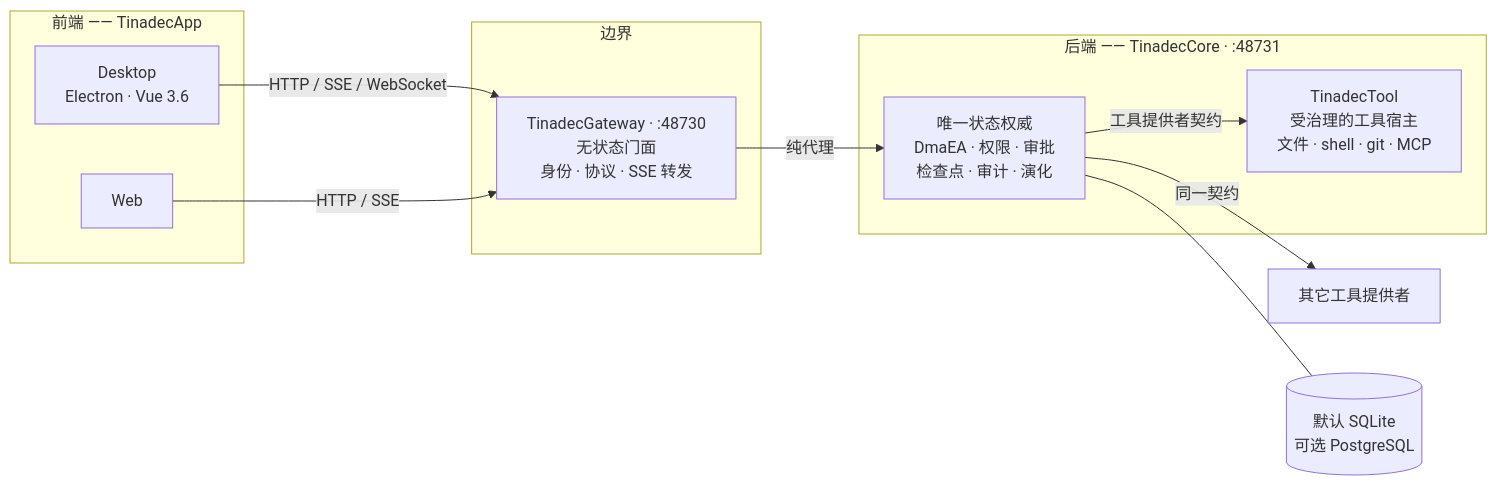
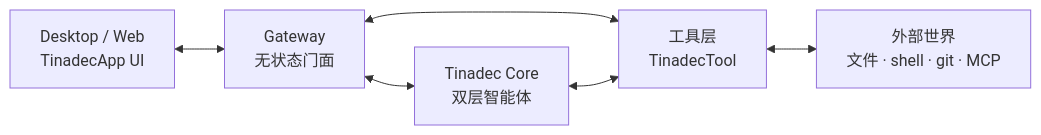
The first of 3 diagrams in README.zh-CN.md (Programmer-MrWang/TinadecOffice), drawn with Mermaid before and after one commit. The commit also changed other lines of this file and 1 other file, not shown here.

First line of the commit message:
docs(readme): simpler wiring diagrams, team orchestration front and center

````diff
--- a/README.zh-CN.md
+++ b/README.zh-CN.md
@@ -86,23 +67,14 @@
 ```mermaid
 flowchart LR
-    subgraph FE["前端 —— TinadecApp"]
-        D[Desktop<br/>Electron · Vue 3.6]
-        W[Web]
-    end
+    DT["Desktop / Web<br/>TinadecApp UI"]
+    GW["Gateway<br/>无状态门面"]
+    CORE["Tinadec Core<br/>双层智能体"]
+    TL["工具层<br/>TinadecTool"]
+    OUT["外部世界<br/>文件 · shell · git · MCP"]
 
-    subgraph EDGE["边界"]
-        G[TinadecGateway · :48730<br/>无状态门面<br/>身份 · 协议 · SSE 转发]
-    end
-
-    subgraph BE["后端 —— TinadecCore · :48731"]
-        C[唯一状态权威<br/>DmaEA · 权限 · 审批<br/>检查点 · 审计 · 演化]
-        T[TinadecTool<br/>受治理的工具宿主<br/>文件 · shell · git · MCP]
-    end
-
-    D -- "HTTP / SSE / WebSocket" --> G
-    W -- "HTTP / SSE" --> G
-    G -- "纯代理" --> C
-    C -- "工具提供者契约" --> T
-    C -- "同一契约" --> O[其它工具提供者]
-    C --- DB[(默认 SQLite<br/>可选 PostgreSQL)]
+    DT <--> GW
+    GW <--> CORE
+    GW <--> TL
+    CORE <--> TL
+    TL <--> OUT
 ```
````
